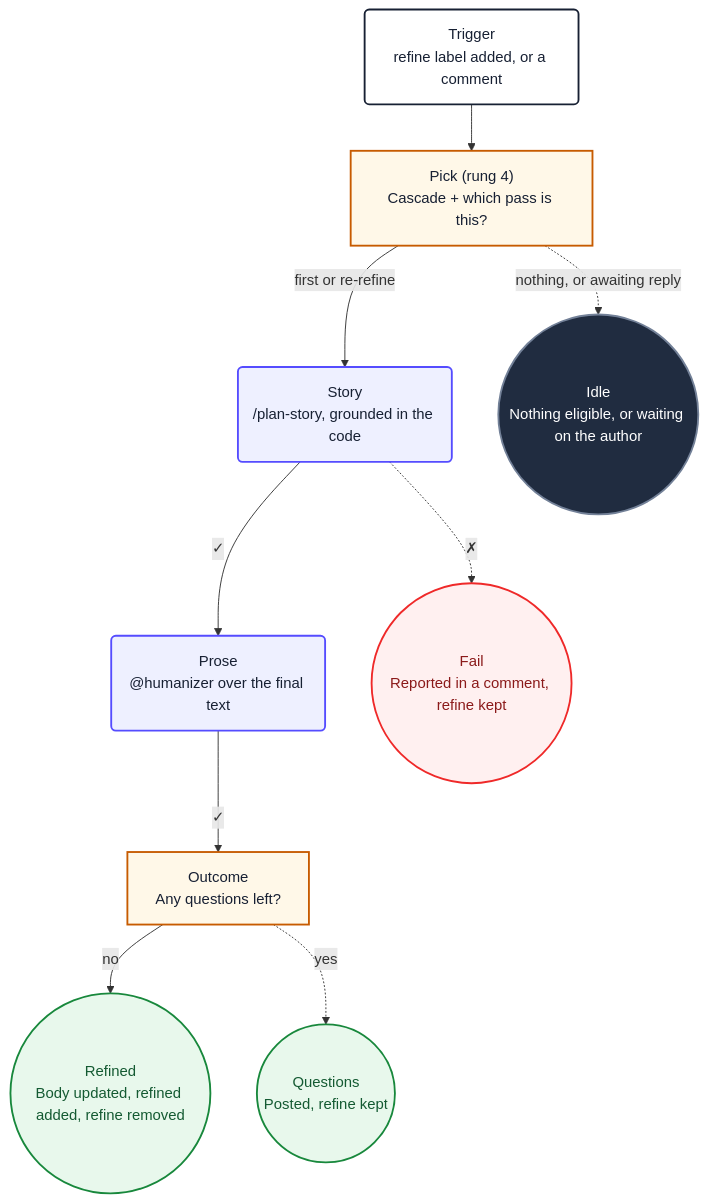
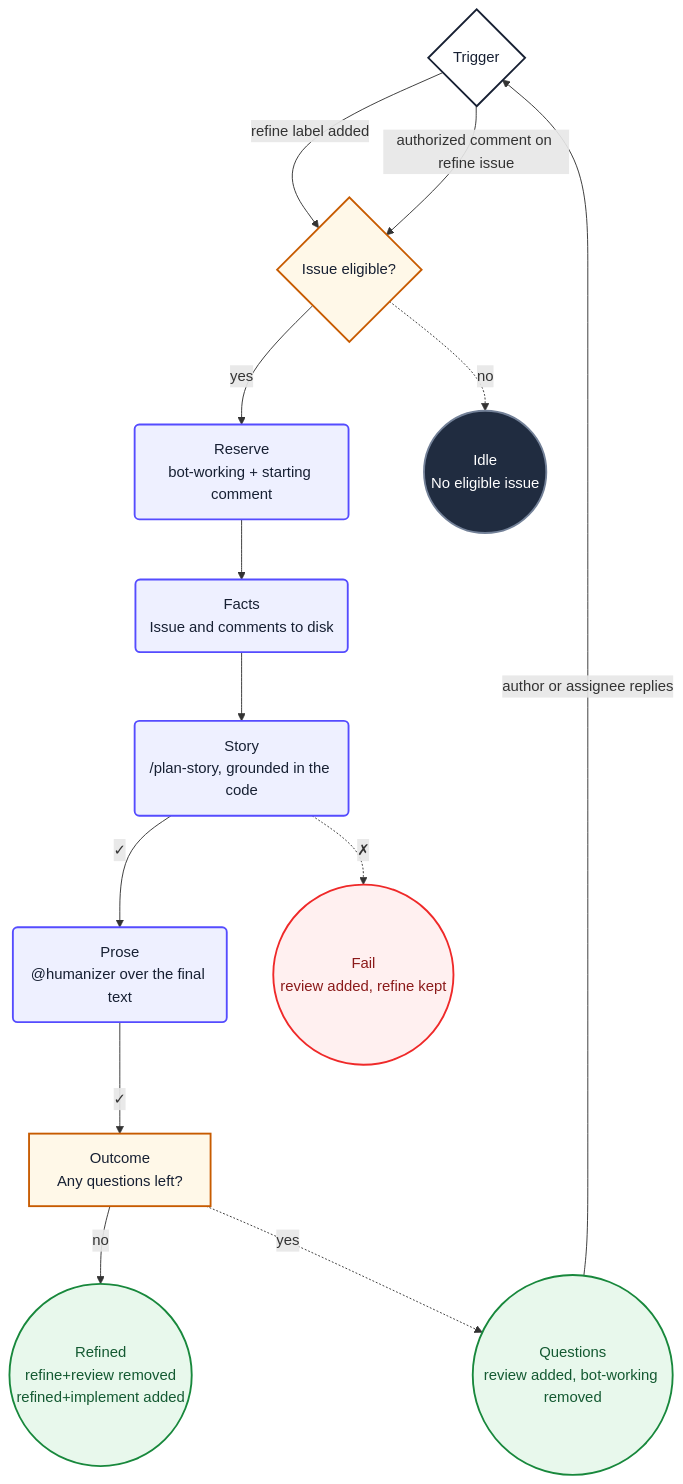
Before and after one commit to PlainConceptsPlatform/Foundations: the diagram in ai/workflows/refine.md, drawn with Mermaid. The commit also changed other lines of this file and 33 other files, not shown here.

````diff
--- a/ai/workflows/refine.md
+++ b/ai/workflows/refine.md
@@ -269,29 +331,34 @@
 ```mermaid
 flowchart TD
-    refStart("Trigger<br/>refine label added, or a comment") --> refPick
-    refPick["Pick (rung 4)<br/>Cascade + which pass is this?"] -->|first or re-refine| refStory
-    refPick -.->|nothing, or awaiting reply| refIdle
+    refStart{"Trigger"}
+    refStart -->|refine label added| refPick
+    refStart -->|authorized comment on refine issue| refPick
+    refPick{"Issue eligible?"} -->|yes| refReserve
+    refPick -.->|no| refIdle
+    refReserve("Reserve<br/>bot-working + starting comment") --> refFacts
+    refFacts("Facts<br/>Issue and comments to disk") --> refStory
     refStory("Story<br/>/plan-story, grounded in the code") -->|✓| refProse
     refStory -.->|✗| refFail
     refProse("Prose<br/>@humanizer over the final text") -->|✓| refOutcome
     refOutcome["Outcome<br/>Any questions left?"] -->|no| refDone
     refOutcome -.->|yes| refAsk
-    refDone(("Refined<br/>Body updated, refined added, refine removed"))
-    refAsk(("Questions<br/>Posted, refine kept"))
-    refIdle(("Idle<br/>Nothing eligible, or waiting on the author"))
-    refFail(("Fail<br/>Reported in a comment, refine kept"))
+    refDone(("Refined<br/>refine+review removed<br/>refined+implement added"))
+    refAsk(("Questions<br/>review added, bot-working removed"))
+    refAsk -->|author or assignee replies| refStart
+    refIdle(("Idle<br/>No eligible issue"))
+    refFail(("Fail<br/>review added, refine kept"))
 
     classDef start fill:#ffffff,stroke:#172033,stroke-width:2px,color:#172033
     classDef action fill:#eef0ff,stroke:#554cff,stroke-width:2px,color:#172033
     classDef decision fill:#fff8e8,stroke:#c75b00,stroke-width:2px,color:#172033
     classDef idle fill:#202c40,stroke:#738198,stroke-width:2px,color:#ffffff
     classDef failure fill:#fff0f0,stroke:#ef2929,stroke-width:2px,color:#8b1a1a
     classDef success fill:#e8f8ec,stroke:#18883c,stroke-width:2px,color:#145a32
 
     class refStart start
-    class refStory,refProse action
+    class refReserve,refFacts,refStory,refProse action
     class refPick,refOutcome decision
     class refIdle idle
     class refFail failure
     class refDone,refAsk success
 ```
````
